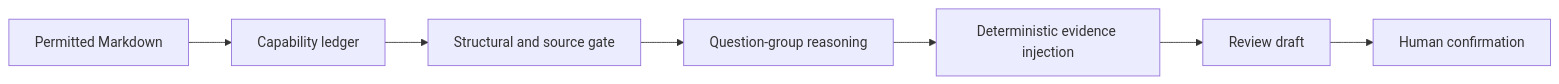
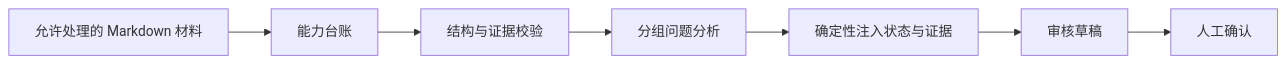
The diagram in README.md (SaintJupiter/SolutionScope), drawn with Mermaid before and after one commit. The commit also changed other lines of this file, not shown here.

````diff
--- a/README.md
+++ b/README.md
@@ -12,9 +7,9 @@
 ```mermaid
 flowchart LR
-    A["Permitted Markdown"] --> B["Capability ledger"]
-    B --> C["Structural and source gate"]
-    C --> D["Question-group reasoning"]
-    D --> E["Deterministic evidence injection"]
-    E --> F["Review draft"]
-    F --> G["Human confirmation"]
+    A["允许处理的 Markdown 材料"] --> B["能力台账"]
+    B --> C["结构与证据校验"]
+    C --> D["分组问题分析"]
+    D --> E["确定性注入状态与证据"]
+    E --> F["审核草稿"]
+    F --> G["人工确认"]
 ```
````
